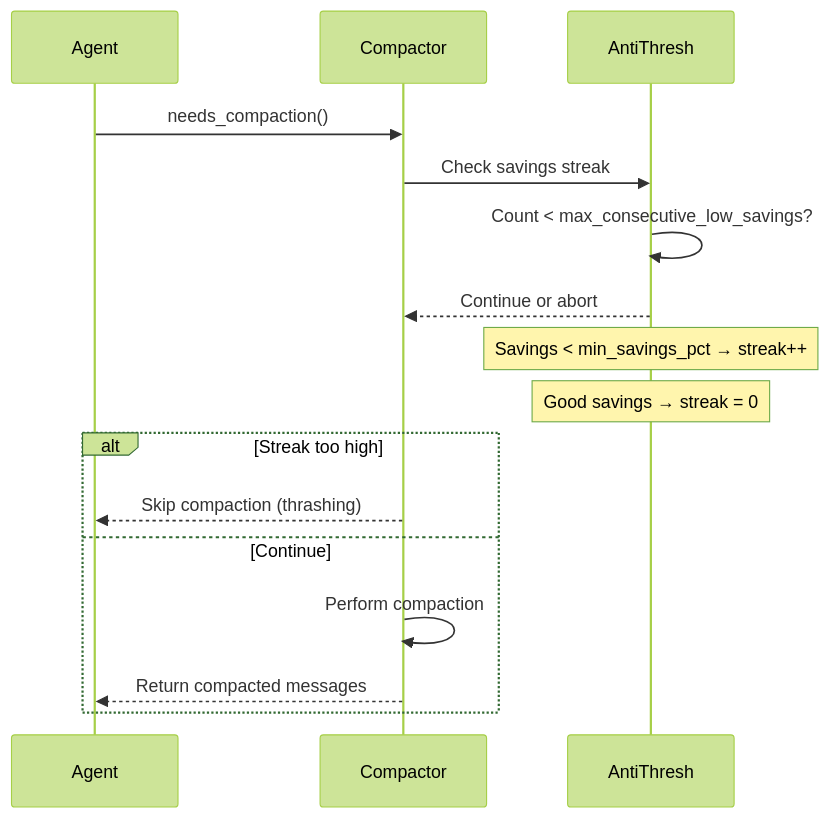
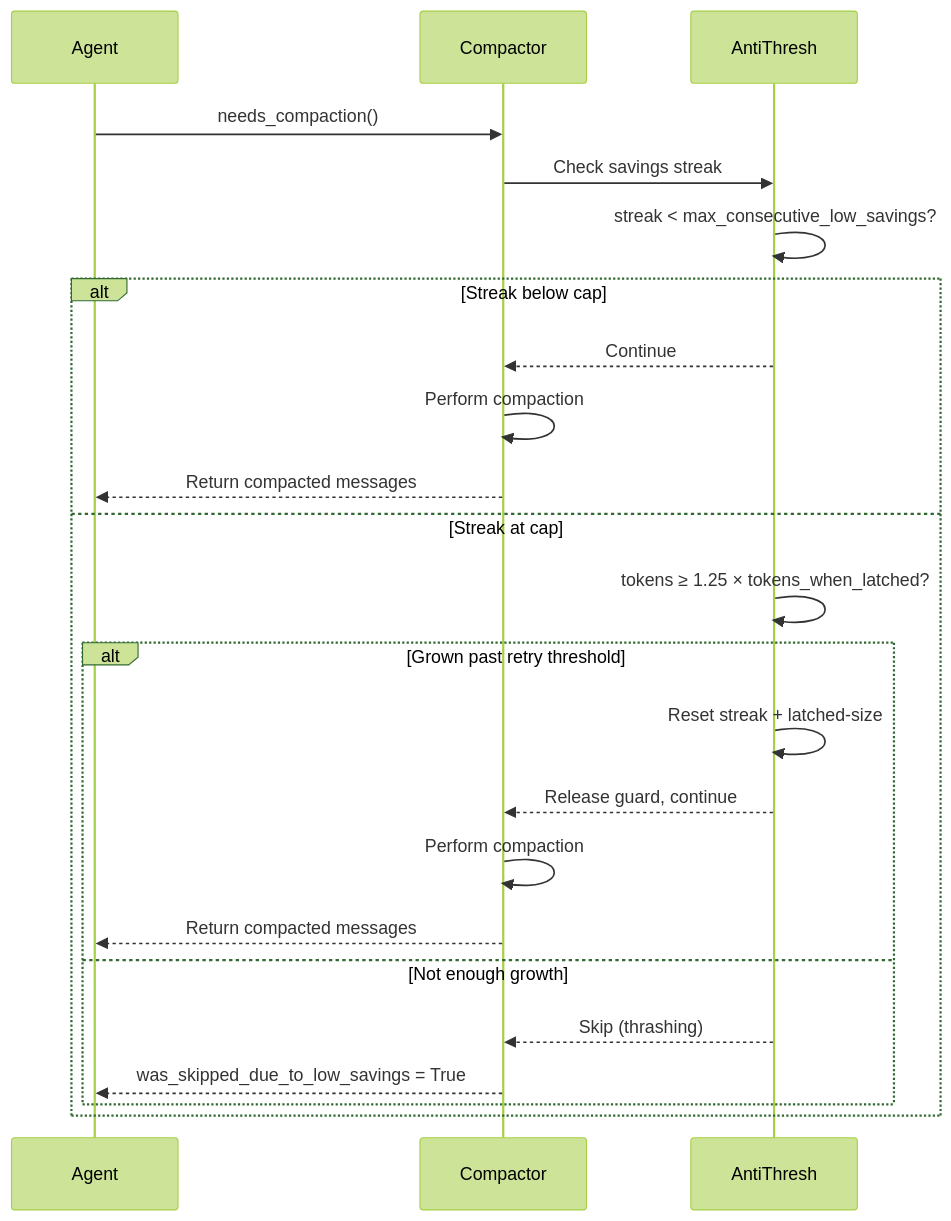
Before and after one commit to MervinPraison/PraisonAIDocs: the second of 14 diagrams in docs/features/context-compaction.mdx, drawn with Mermaid (forest theme). The commit also changed other lines of this file and 1 other file, not shown here.

Commit message:
docs: update Anti-Thrashing section for ContextCompactor guard release fix (fixes #3691)
Reflect PR #4679 behavior: the anti-thrashing guard now releases when the
conversation grows to >=125% of the token count where it latched, instead of
skipping compaction permanently once the streak hits the cap.

````diff
--- a/docs/features/context-compaction.mdx
+++ b/docs/features/context-compaction.mdx
@@ -109,21 +113,27 @@
 ```mermaid
 sequenceDiagram
     participant Agent
     participant Compactor
     participant AntiThresh
-    
+
     Agent->>Compactor: needs_compaction()
     Compactor->>AntiThresh: Check savings streak
-    AntiThresh->>AntiThresh: Count < max_consecutive_low_savings?
-    AntiThresh-->>Compactor: Continue or abort
-    
-    Note over AntiThresh: Savings < min_savings_pct → streak++
-    Note over AntiThresh: Good savings → streak = 0
-    
-    alt Streak too high
-        Compactor-->>Agent: Skip compaction (thrashing)
-    else Continue
+    AntiThresh->>AntiThresh: streak < max_consecutive_low_savings?
+
+    alt Streak below cap
+        AntiThresh-->>Compactor: Continue
         Compactor->>Compactor: Perform compaction
         Compactor-->>Agent: Return compacted messages
+    else Streak at cap
+        AntiThresh->>AntiThresh: tokens ≥ 1.25 × tokens_when_latched?
+        alt Grown past retry threshold
+            AntiThresh->>AntiThresh: Reset streak + latched-size
+            AntiThresh-->>Compactor: Release guard, continue
+            Compactor->>Compactor: Perform compaction
+            Compactor-->>Agent: Return compacted messages
+        else Not enough growth
+            AntiThresh-->>Compactor: Skip (thrashing)
+            Compactor-->>Agent: was_skipped_due_to_low_savings = True
+        end
     end
 ```
````
